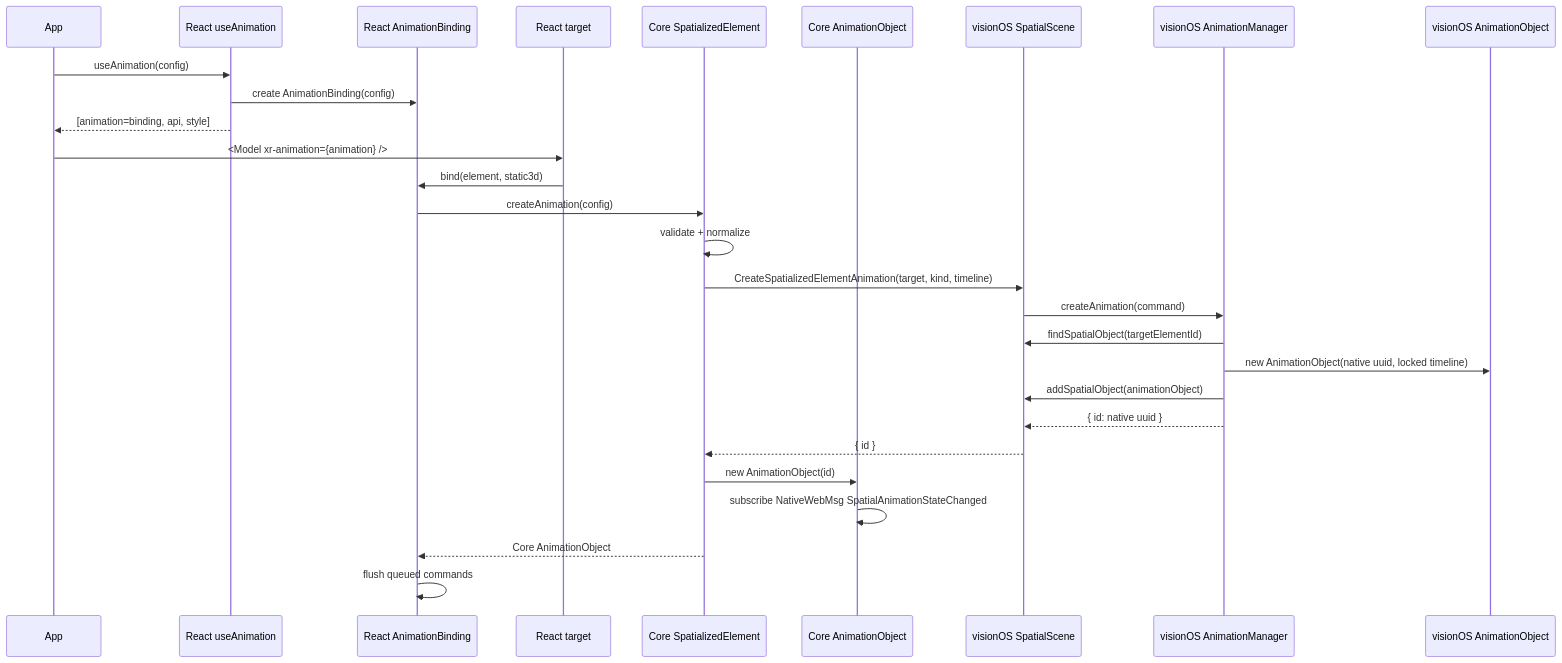
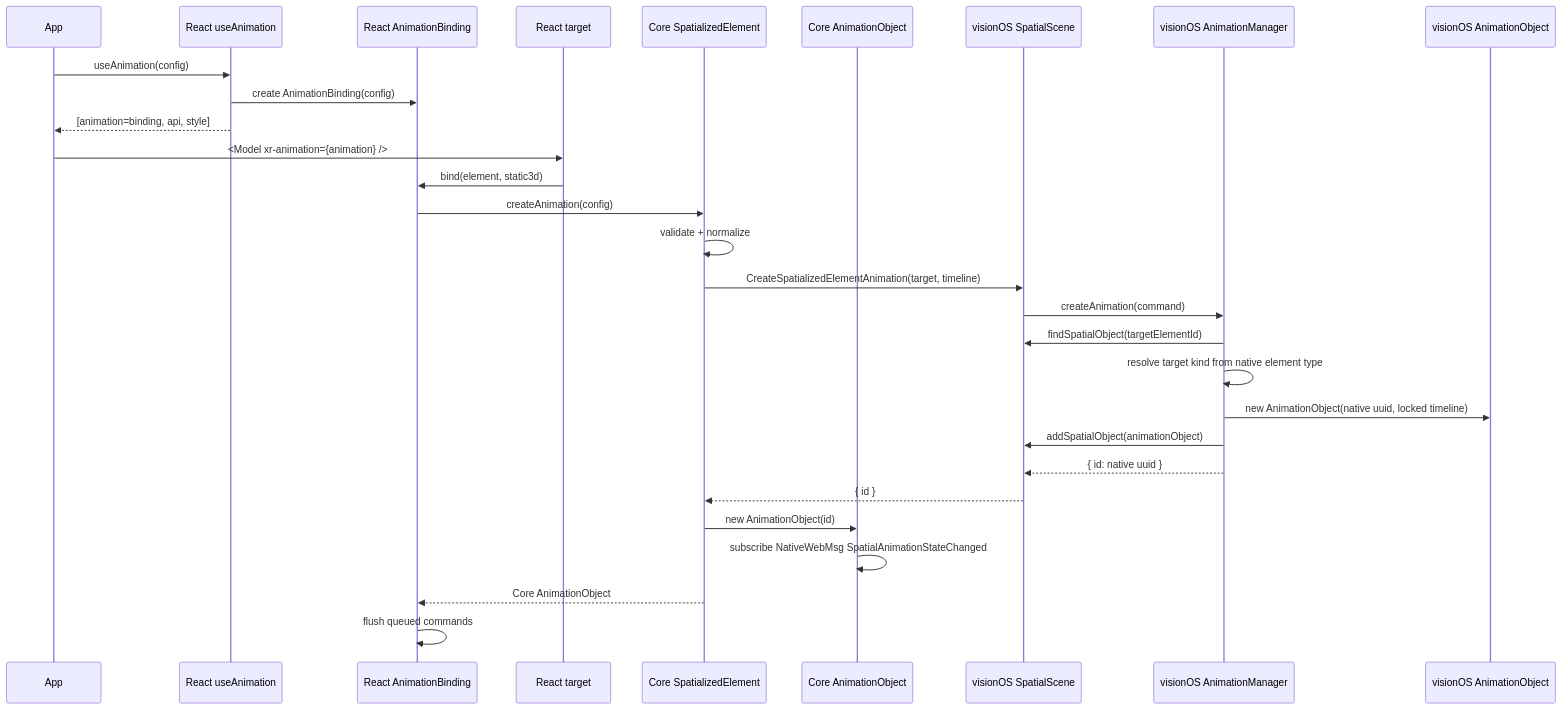
Before and after one commit to webspatial/webspatial-sdk: the second of 6 diagrams in openspec/changes/spatialized-element-motion-api/design.md, drawn with Mermaid. The commit also changed other lines of this file and 11 other files, not shown here.

Commit message:
remove targetKind from element animation create payload

````diff
--- a/openspec/changes/spatialized-element-motion-api/design.md
+++ b/openspec/changes/spatialized-element-motion-api/design.md
@@ -287,32 +286,33 @@
 ```mermaid
 sequenceDiagram
   participant App
   participant Hook as React useAnimation
   participant Binding as React AnimationBinding
   participant Target as React target
   participant Element as Core SpatializedElement
   participant CoreObj as Core AnimationObject
   participant Scene as visionOS SpatialScene
   participant Manager as visionOS AnimationManager
   participant NativeObj as visionOS AnimationObject
 
   App->>Hook: useAnimation(config)
   Hook->>Binding: create AnimationBinding(config)
   Hook-->>App: [animation=binding, api, style]
 
   App->>Target: <Model xr-animation={animation} />
   Target->>Binding: bind(element, static3d)
   Binding->>Element: createAnimation(config)
   Element->>Element: validate + normalize
-  Element->>Scene: CreateSpatializedElementAnimation(target, kind, timeline)
+  Element->>Scene: CreateSpatializedElementAnimation(target, timeline)
   Scene->>Manager: createAnimation(command)
   Manager->>Scene: findSpatialObject(targetElementId)
+  Manager->>Manager: resolve target kind from native element type
   Manager->>NativeObj: new AnimationObject(native uuid, locked timeline)
   Manager->>Scene: addSpatialObject(animationObject)
   Manager-->>Scene: { id: native uuid }
   Scene-->>Element: { id }
   Element->>CoreObj: new AnimationObject(id)
   CoreObj->>CoreObj: subscribe NativeWebMsg SpatialAnimationStateChanged
   Element-->>Binding: Core AnimationObject
   Binding->>Binding: flush queued commands
 ```
````
